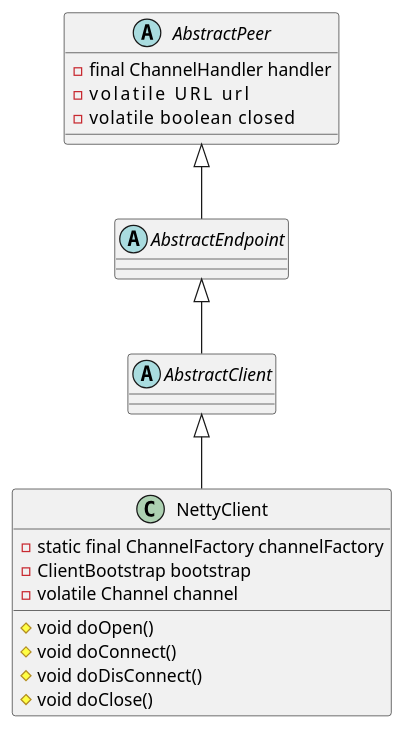
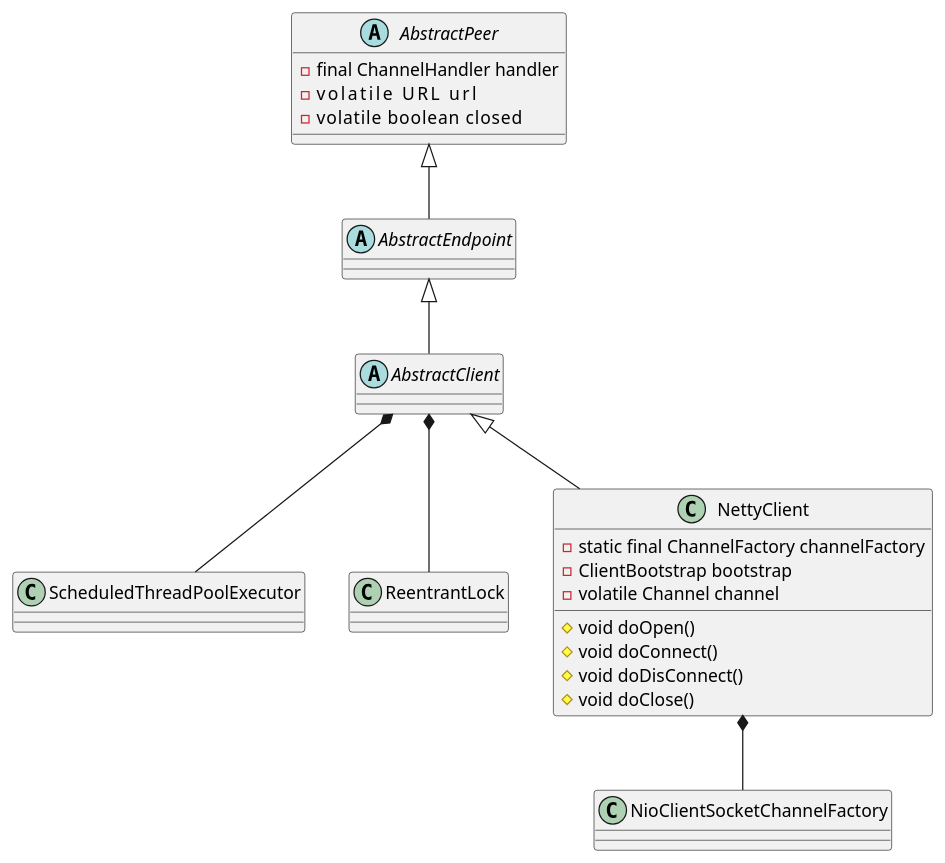
Before and after one commit to onlyonion/development: the diagram in 30-distributed/src/dubbo/remoting/transport/netty/NettyClient.md, drawn with PlantUML. The commit also changed 17 other files, not shown here.

````diff
--- a/30-distributed/src/dubbo/remoting/transport/netty/NettyClient.md
+++ b/30-distributed/src/dubbo/remoting/transport/netty/NettyClient.md
@@ -23,34 +23,38 @@
 ```plantuml
 @startuml
 
 '''''''''''''''''''''''对等'''''''''''''''''''''''
 abstract class AbstractPeer {
     - final ChannelHandler handler
     - volatile URL         url
     - volatile boolean     closed
 }
 
 '''''''''''''''''''''''端'''''''''''''''''''''''
 abstract class AbstractEndpoint
 AbstractPeer ^-- AbstractEndpoint
 
 '''''''''''''''''''''''客户端'''''''''''''''''''''''
 abstract class AbstractClient {
+}
+AbstractClient *-- ScheduledThreadPoolExecutor
+AbstractClient *-- ReentrantLock
 
-}
 AbstractEndpoint ^-- AbstractClient
 
 '''''''''''''''''''''''NettyClient'''''''''''''''''''''''
 class NettyClient {
     - static final ChannelFactory channelFactory
     - ClientBootstrap bootstrap
     - volatile Channel channel
     # void doOpen()
     # void doConnect()
     # void doDisConnect()
     # void doClose()
 }
 AbstractClient ^-- NettyClient
 
+NettyClient *-- NioClientSocketChannelFactory
+
 @enduml
 ```
````
